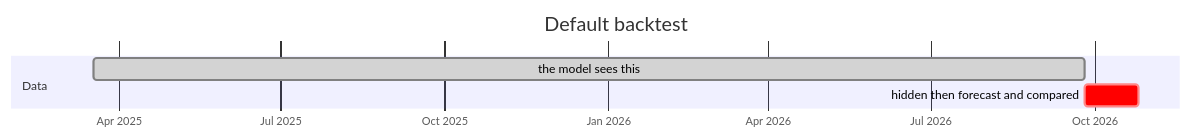
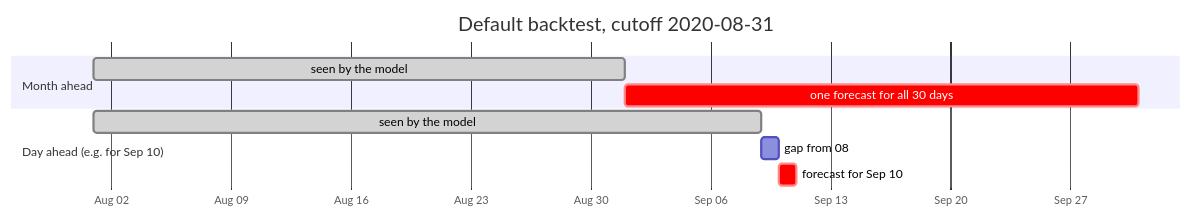
Before and after one commit to mourjo/zero-shot-forecasting: the third of 5 diagrams in README.md, drawn with Mermaid. The commit also changed other lines of this file, not shown here.

````diff
--- a/README.md
+++ b/README.md
@@ -177,9 +246,13 @@
 ```mermaid
 gantt
-    title Default backtest
+    title Default backtest, cutoff 2020-08-31
     dateFormat YYYY-MM-DD
-    axisFormat %b %Y
-    section Data
-    the model sees this                :done, 2025-03-18, 2026-09-26
-    hidden then forecast and compared  :crit, 2026-09-26, 30d
+    axisFormat %b %d
+    section Month ahead
+    seen by the model                 :done, 2020-08-01, 2020-09-01
+    one forecast for all 30 days      :crit, 2020-09-01, 30d
+    section Day ahead (e.g. for Sep 10)
+    seen by the model                 :done, 2020-08-01, 2020-09-09
+    gap from 08:00 to midnight        :active, 2020-09-09, 1d
+    forecast for Sep 10               :crit, 2020-09-10, 1d
 ```
````
